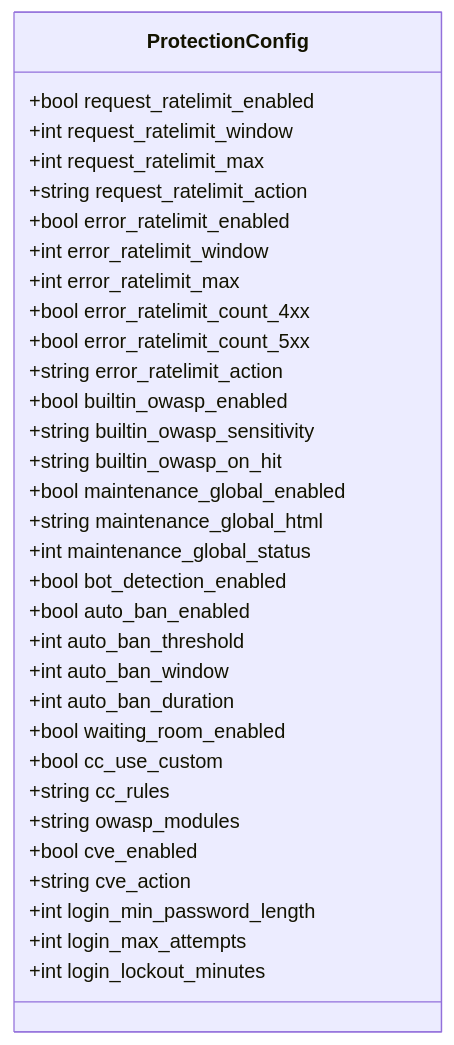
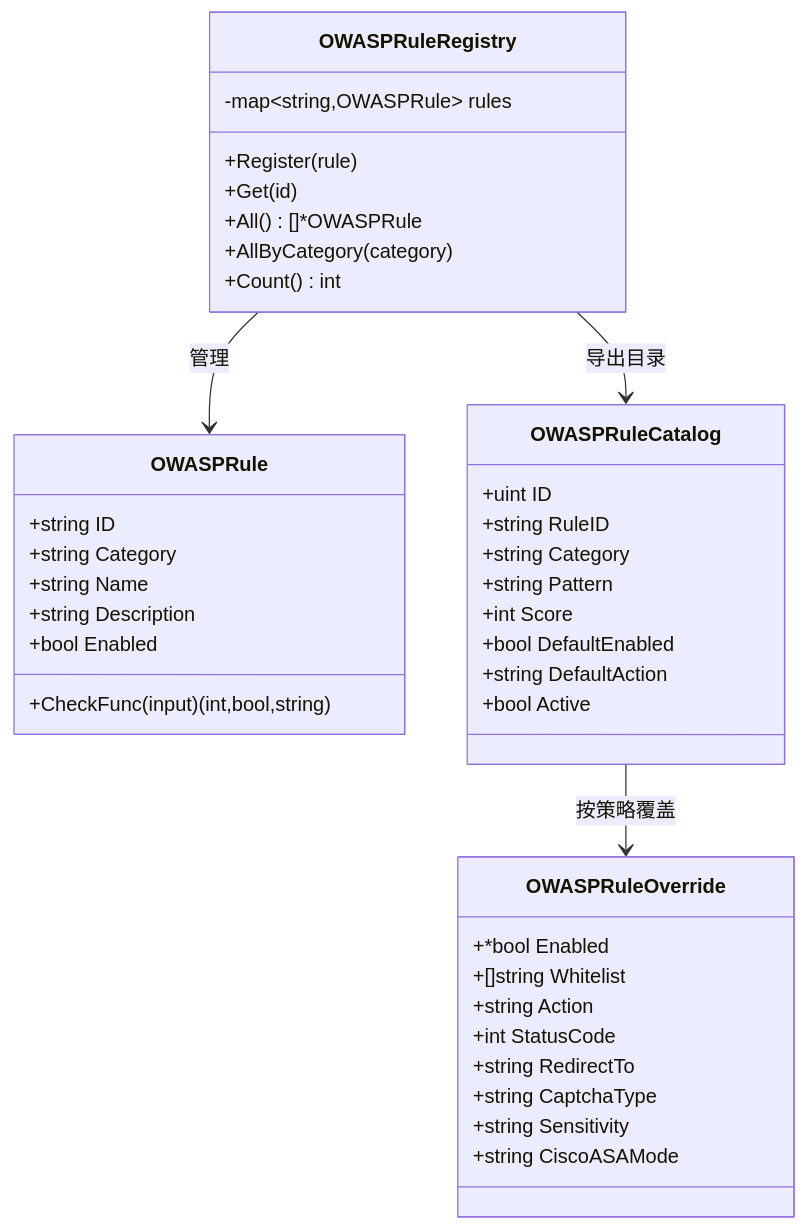
Before and after one commit to x01n/My-OpenWaf: the fourth of 6 diagrams in docs/安全防护功能/OWASP 检测/OWASP 检测.md, drawn with Mermaid. The commit also changed other lines of this file and 622 other files, not shown here.

````diff
--- a/docs/安全防护功能/OWASP 检测/OWASP 检测.md
+++ b/docs/安全防护功能/OWASP 检测/OWASP 检测.md
@@ -544,35 +280,42 @@
 ```mermaid
 classDiagram
-class ProtectionConfig {
-+bool request_ratelimit_enabled
-+int request_ratelimit_window
-+int request_ratelimit_max
-+string request_ratelimit_action
-+bool error_ratelimit_enabled
-+int error_ratelimit_window
-+int error_ratelimit_max
-+bool error_ratelimit_count_4xx
-+bool error_ratelimit_count_5xx
-+string error_ratelimit_action
-+bool builtin_owasp_enabled
-+string builtin_owasp_sensitivity
-+string builtin_owasp_on_hit
-+bool maintenance_global_enabled
-+string maintenance_global_html
-+int maintenance_global_status
-+bool bot_detection_enabled
-+bool auto_ban_enabled
-+int auto_ban_threshold
-+int auto_ban_window
-+int auto_ban_duration
-+bool waiting_room_enabled
-+bool cc_use_custom
-+string cc_rules
-+string owasp_modules
-+bool cve_enabled
-+string cve_action
-+int login_min_password_length
-+int login_max_attempts
-+int login_lockout_minutes
+class OWASPRule {
++string ID
++string Category
++string Name
++string Description
++bool Enabled
++CheckFunc(input) (int,bool,string)
 }
+class OWASPRuleRegistry {
+-map~string,OWASPRule~ rules
++Register(rule)
++Get(id)
++All() []*OWASPRule
++AllByCategory(category)
++Count() int
+}
+class OWASPRuleOverride {
++*bool Enabled
++[]string Whitelist
++string Action
++int StatusCode
++string RedirectTo
++string CaptchaType
++string Sensitivity
++string CiscoASAMode
+}
+class OWASPRuleCatalog {
++uint ID
++string RuleID
++string Category
++string Pattern
++int Score
++bool DefaultEnabled
++string DefaultAction
++bool Active
+}
+OWASPRuleRegistry --> OWASPRule : 管理
+OWASPRuleRegistry --> OWASPRuleCatalog : 导出目录
+OWASPRuleCatalog --> OWASPRuleOverride : 按策略覆盖
 ```
````
